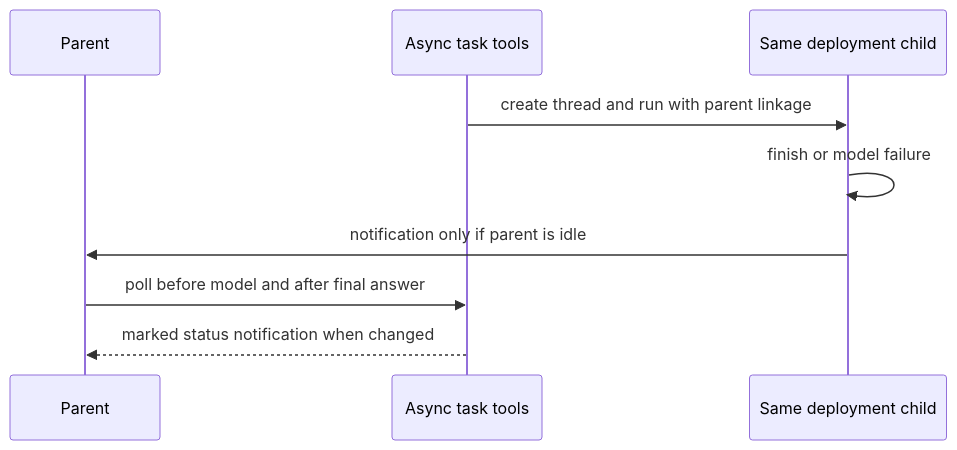
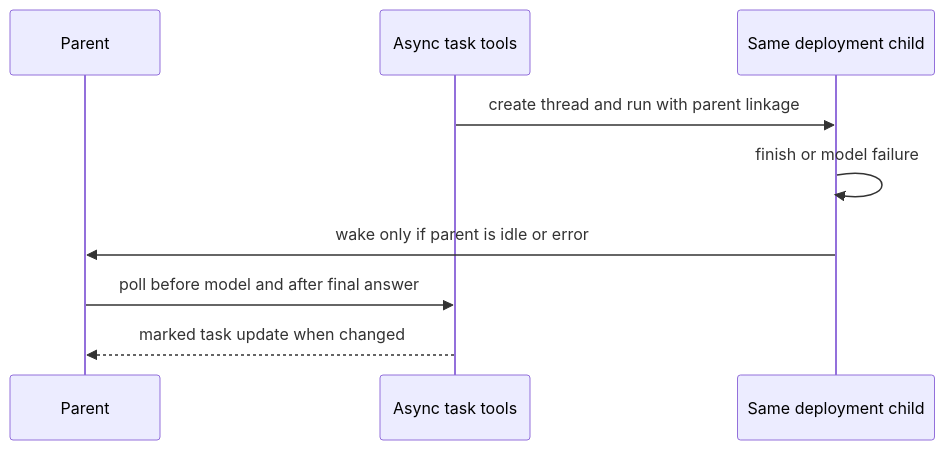
Before and after one commit to langchain-ai/deepagents: the third of 4 diagrams in openwiki/concepts/subagents-skills.md, drawn with Mermaid. The commit also changed other lines of this file and 28 other files, not shown here.

````diff
--- a/openwiki/concepts/subagents-skills.md
+++ b/openwiki/concepts/subagents-skills.md
@@ -112,11 +112,11 @@
 ```mermaid
 sequenceDiagram
     participant Parent
     participant AsyncTools as Async task tools
     participant Child as Same deployment child
     AsyncTools->>Child: create thread and run with parent linkage
     Child->>Child: finish or model failure
-    Child->>Parent: notification only if parent is idle
+    Child->>Parent: wake only if parent is idle or error
     Parent->>AsyncTools: poll before model and after final answer
-    AsyncTools-->>Parent: marked status notification when changed
+    AsyncTools-->>Parent: marked task update when changed
 ```
````
